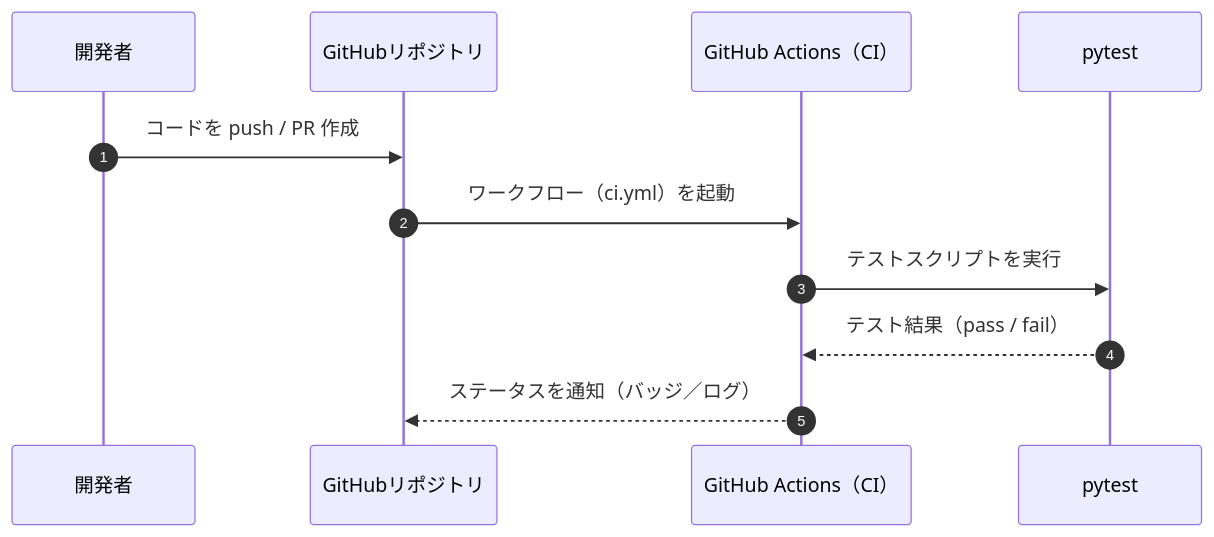
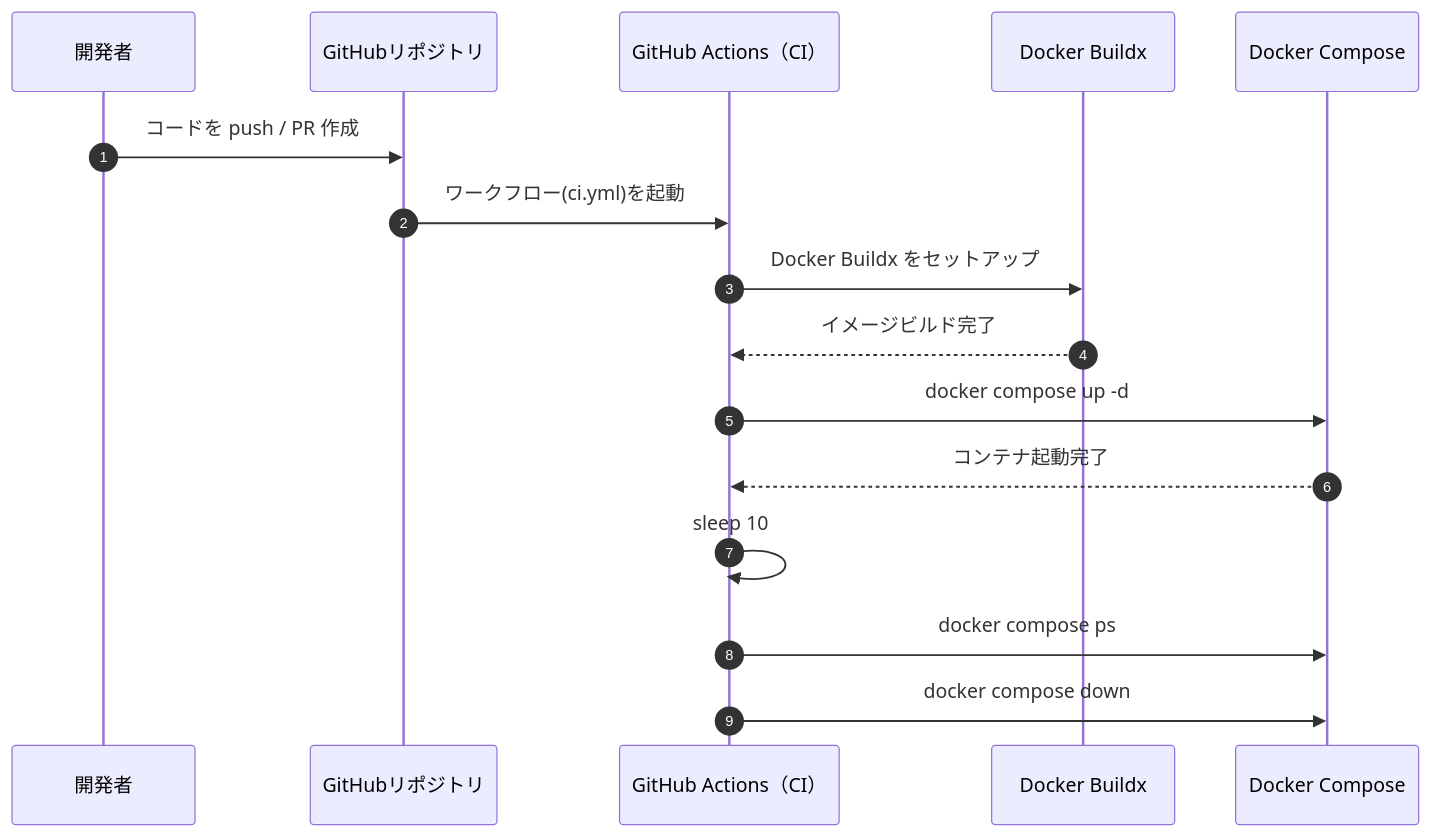
The fifth of 5 diagrams in README.md (BackendExplorer/Online-Chat-Service), drawn with Mermaid before and after one commit. The commit also changed other lines of this file, not shown here.

Commit message:
READMEを修正

````diff
--- a/README.md
+++ b/README.md
@@ -447,14 +445,19 @@
 ```mermaid
 sequenceDiagram
     autonumber
     participant Dev as 開発者
     participant GitHub as GitHubリポジトリ
     participant CI as GitHub Actions（CI）
-    participant Pytest as pytest
+    participant Buildx as Docker Buildx
+    participant Compose as Docker Compose
 
     Dev ->> GitHub: コードを push / PR 作成
-    GitHub ->> CI: ワークフロー（ci.yml）を起動
-    CI ->> Pytest: テストスクリプトを実行
-    Pytest -->> CI: テスト結果（pass / fail）
-    CI -->> GitHub: ステータスを通知（バッジ／ログ）
+    GitHub ->> CI: ワークフロー(ci.yml)を起動
+    CI ->> Buildx: Docker Buildx をセットアップ
+    Buildx -->> CI: イメージビルド完了
+    CI ->> Compose: docker compose up -d
+    Compose -->> CI: コンテナ起動完了
+    CI ->> CI: sleep 10
+    CI ->> Compose: docker compose ps
+    CI ->> Compose: docker compose down
 ```
````
